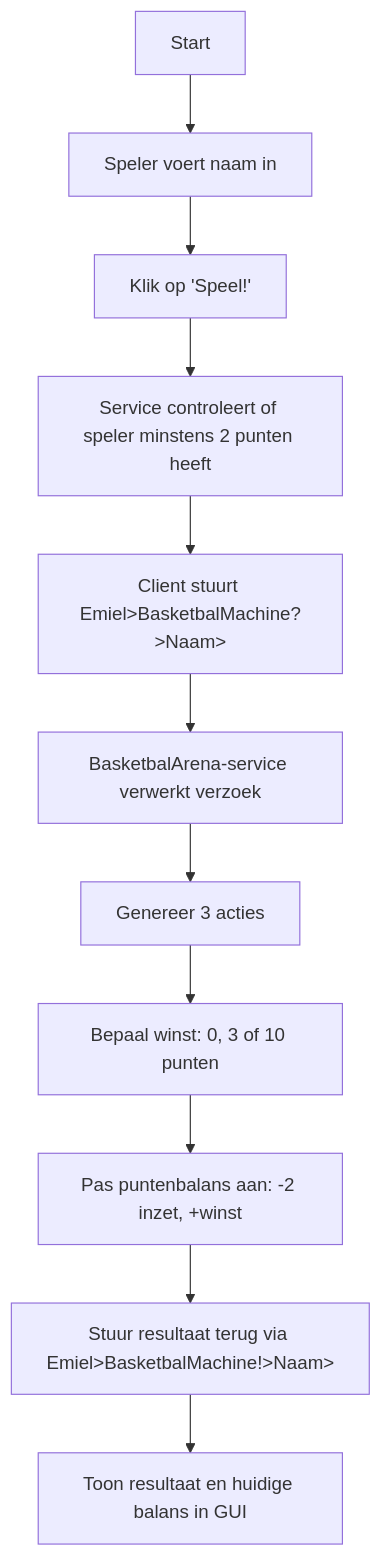
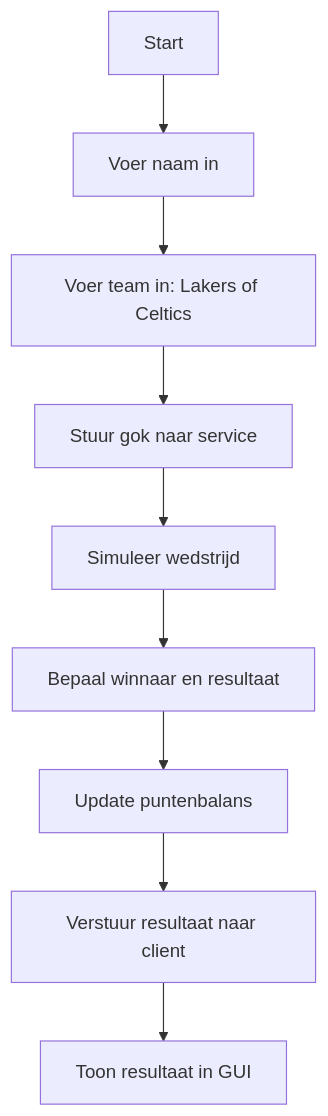
Before and after one commit to Empel06/Benthernet: the second of 3 diagrams in README.md, drawn with Mermaid. The commit also changed other lines of this file and 2 other files, not shown here.

````diff
--- a/README.md
+++ b/README.md
@@ -44,13 +38,11 @@
 ```mermaid
 flowchart TD
-    Start --> NaamInvoer[Speler voert naam in]
-    NaamInvoer --> ClickPlay[Klik op 'Speel!']
-    ClickPlay --> CheckPoints[Service controleert of speler minstens 2 punten heeft]
-    CheckPoints --> SendSpin[Client stuurt Emiel>BasketbalMachine?>Naam>]
-    SendSpin --> MachineService[BasketbalArena-service verwerkt verzoek]
-    MachineService --> Rollen[Genereer 3 acties]
-    Rollen --> Evaluatie[Bepaal winst: 0, 3 of 10 punten]
-    Evaluatie --> Update[Pas puntenbalans aan: -2 inzet, +winst]
-    Update --> SendBack[Stuur resultaat terug via Emiel>BasketbalMachine!>Naam>]
-    SendBack --> ClientToon[Toon resultaat en huidige balans in GUI]
+    Start --> NaamInvoer[Voer naam in]
+    NaamInvoer --> GokTeam[Voer team in: Lakers of Celtics]
+    GokTeam --> SendSpin[Stuur gok naar service]
+    SendSpin --> WedstrijdGenereer[Simuleer wedstrijd]
+    WedstrijdGenereer --> Evaluatie[Bepaal winnaar en resultaat]
+    Evaluatie --> Update[Update puntenbalans]
+    Update --> StuurTerug[Verstuur resultaat naar client]
+    StuurTerug --> ToonResultaat[Toon resultaat in GUI]
 ```
````
